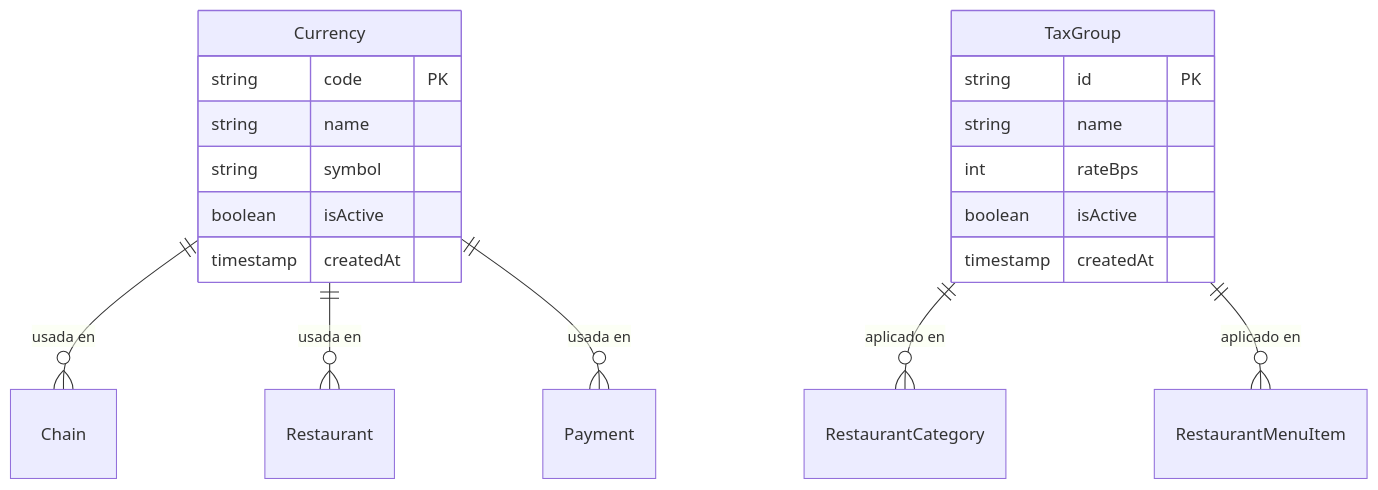
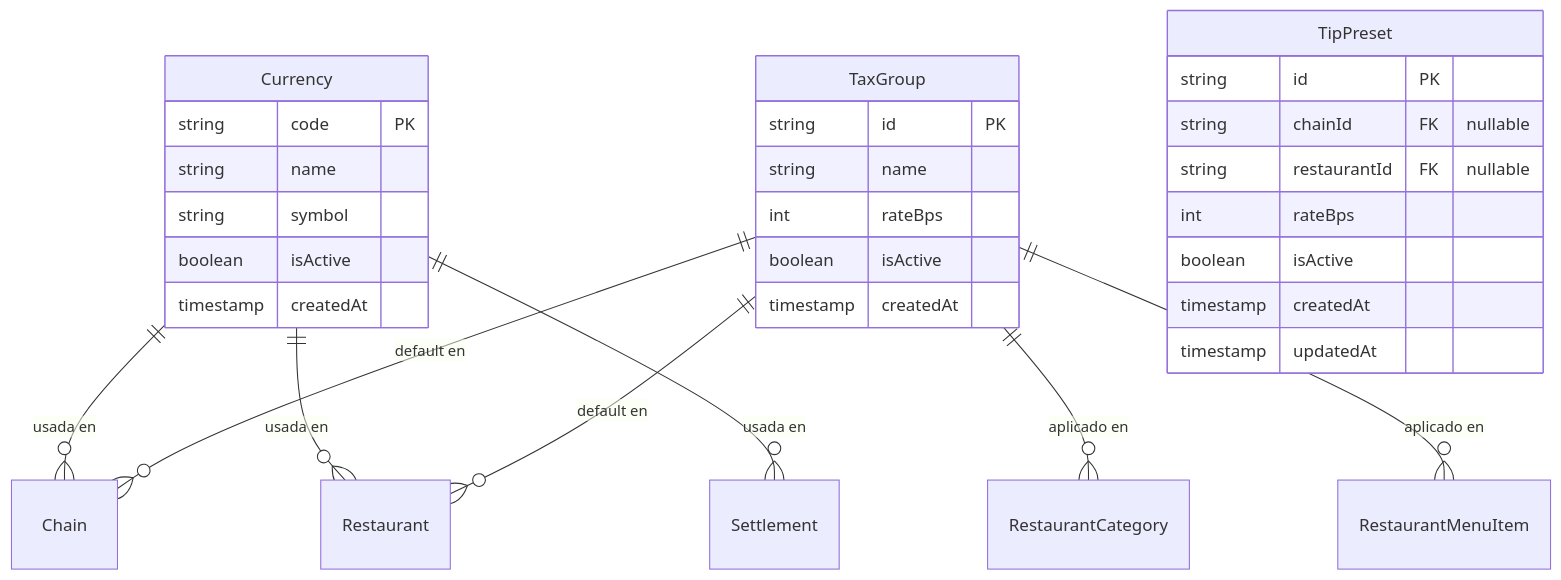
The diagram in docs/_assets/erd/dominio-01-catalogos.mmd (dvillagrans/Bouquet), drawn with Mermaid before and after one commit. The commit also changed 20 other files, not shown here.

Commit message:
feat: implement centralized authentication with AppUser, RBAC, and audit logging to replace legacy staff/admin schemas

```diff
--- a/docs/_assets/erd/dominio-01-catalogos.mmd
+++ b/docs/_assets/erd/dominio-01-catalogos.mmd
@@ -1,24 +1,36 @@
 erDiagram
 
     Currency {
         string code PK
         string name
         string symbol
         boolean isActive
         timestamp createdAt
     }
 
     TaxGroup {
         string id PK
         string name
         int rateBps
         boolean isActive
         timestamp createdAt
     }
 
+    TipPreset {
+        string id PK
+        string chainId FK "nullable"
+        string restaurantId FK "nullable"
+        int rateBps
+        boolean isActive
+        timestamp createdAt
+        timestamp updatedAt
+    }
+
     Currency ||--o{ Chain : "usada en"
     Currency ||--o{ Restaurant : "usada en"
-    Currency ||--o{ Payment : "usada en"
+    Currency ||--o{ Settlement : "usada en"
 
+    TaxGroup ||--o{ Chain : "default en"
+    TaxGroup ||--o{ Restaurant : "default en"
     TaxGroup ||--o{ RestaurantCategory : "aplicado en"
     TaxGroup ||--o{ RestaurantMenuItem : "aplicado en"
```
